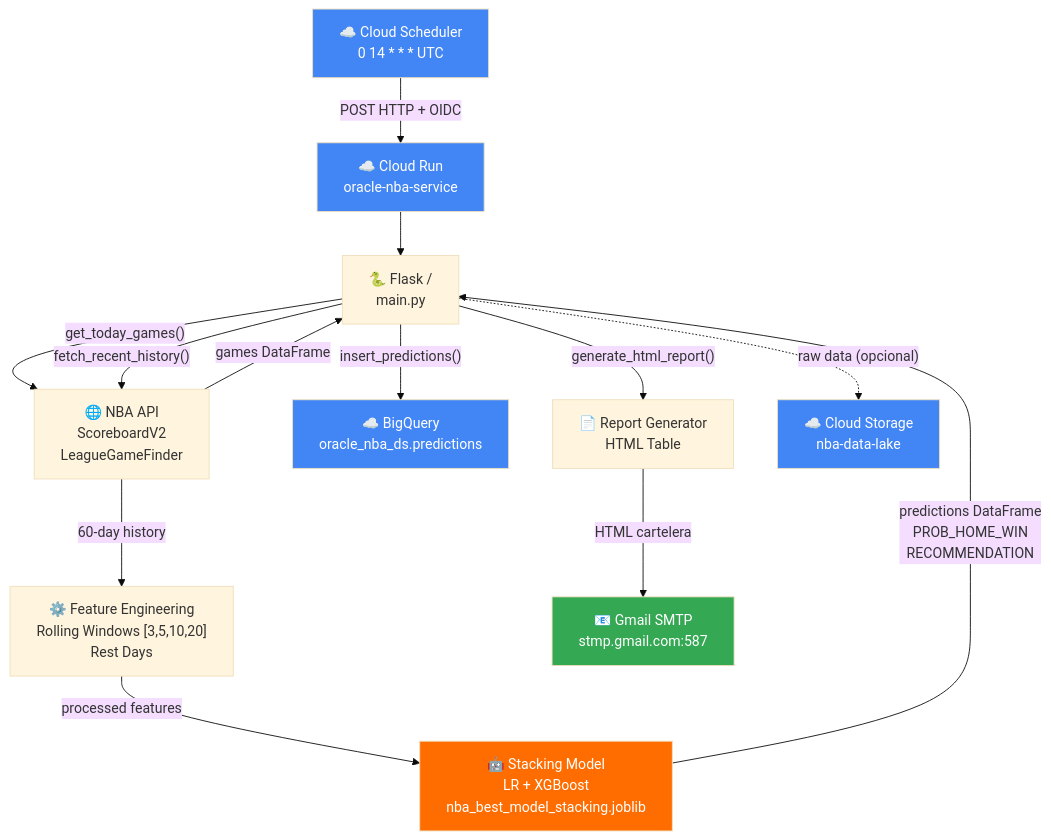
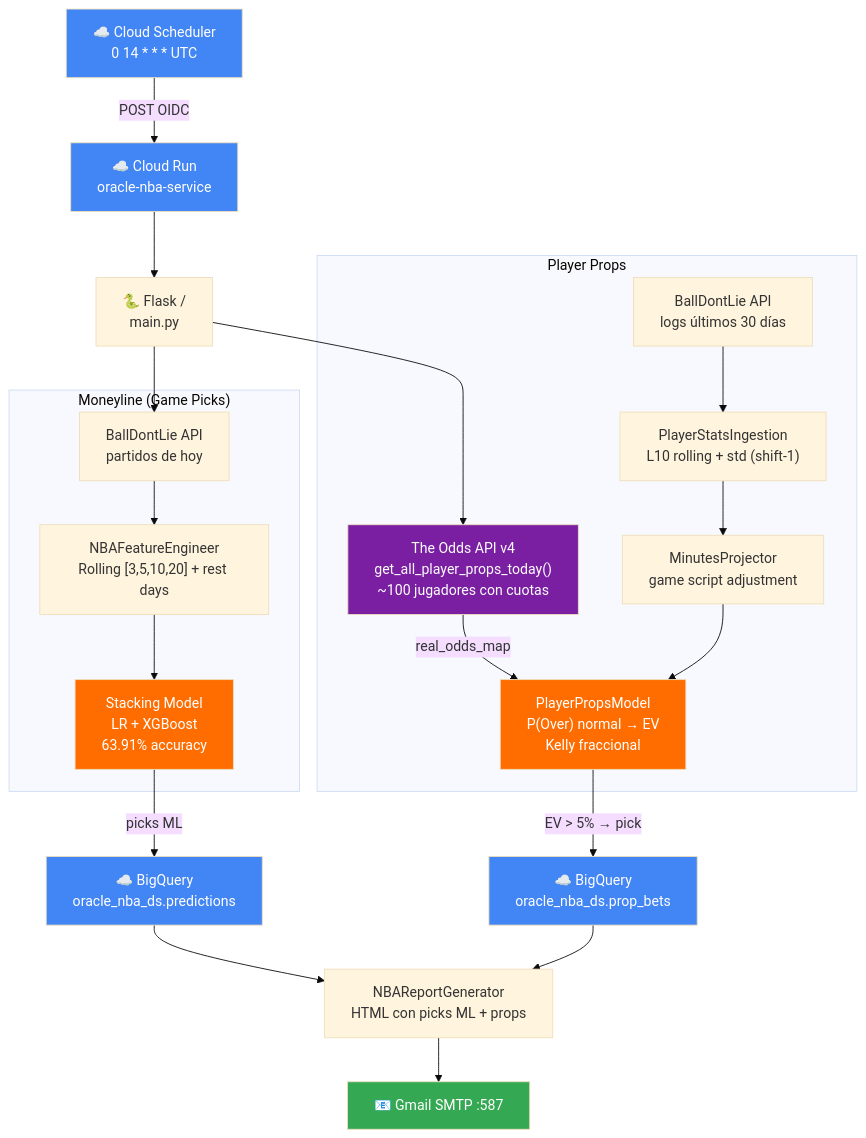
One commit to kericornelioprado-bit/Oracle-NBA changed the first of 6 diagrams in docs/architecture/flow-diagram.md. Above: the diagram before and after it, drawn with Mermaid (base theme). The commit also changed 8 other files, not shown here.

First line of the commit message:
fix: wire real moneyline odds and send combined props+ML email report

````diff
--- a/docs/architecture/flow-diagram.md
+++ b/docs/architecture/flow-diagram.md
@@ -9,33 +9,46 @@
 ```mermaid
 flowchart TD
     SCHED["☁️ Cloud Scheduler\n0 14 * * * UTC"]
     CR["☁️ Cloud Run\noracle-nba-service"]
     FLASK["🐍 Flask /\nmain.py"]
-    NBA["🌐 NBA API\nScoreboardV2\nLeagueGameFinder"]
-    FE["⚙️ Feature Engineering\nRolling Windows [3,5,10,20]\nRest Days"]
-    MODEL["🤖 Stacking Model\nLR + XGBoost\nnba_best_model_stacking.joblib"]
-    BQ["☁️ BigQuery\noracle_nba_ds.predictions"]
-    RPT["📄 Report Generator\nHTML Table"]
-    EMAIL["📧 Gmail SMTP\nstmp.gmail.com:587"]
-    GCS["☁️ Cloud Storage\nnba-data-lake"]
 
-    SCHED -->|"POST HTTP + OIDC"| CR
+    subgraph ML["Moneyline (Game Picks)"]
+        BDL_G["BallDontLie API\npartidos de hoy"]
+        FE["NBAFeatureEngineer\nRolling [3,5,10,20] + rest days"]
+        MODEL["Stacking Model\nLR + XGBoost\n63.91% accuracy"]
+    end
+
+    subgraph PROPS["Player Props"]
+        ODDS["The Odds API v4\nget_all_player_props_today()\n~100 jugadores con cuotas"]
+        BDL_P["BallDontLie API\nlogs últimos 30 días"]
+        FEAT_P["PlayerStatsIngestion\nL10 rolling + std (shift-1)"]
+        PROJ["MinutesProjector\ngame script adjustment"]
+        EV["PlayerPropsModel\nP(Over) normal → EV\nKelly fraccional"]
+    end
+
+    BQ_ML["☁️ BigQuery\noracle_nba_ds.predictions"]
+    BQ_PROPS["☁️ BigQuery\noracle_nba_ds.prop_bets"]
+    RPT["NBAReportGenerator\nHTML con picks ML + props"]
+    EMAIL["📧 Gmail SMTP :587"]
+
+    SCHED -->|"POST OIDC"| CR
     CR --> FLASK
-    FLASK -->|"get_today_games()"| NBA
-    NBA -->|"games DataFrame"| FLASK
-    FLASK -->|"fetch_recent_history()"| NBA
-    NBA -->|"60-day history"| FE
-    FE -->|"processed features"| MODEL
-    MODEL -->|"predictions DataFrame\nPROB_HOME_WIN\nRECOMMENDATION"| FLASK
-    FLASK -->|"insert_predictions()"| BQ
-    FLASK -->|"generate_html_report()"| RPT
-    RPT -->|"HTML cartelera"| EMAIL
-    FLASK -.->|"raw data (opcional)"| GCS
+    FLASK --> BDL_G --> FE --> MODEL
+    FLASK --> ODDS
+    ODDS -->|"real_odds_map"| EV
+    BDL_P --> FEAT_P --> PROJ --> EV
+    MODEL -->|"picks ML"| BQ_ML
+    EV -->|"EV > 5% → pick"| BQ_PROPS
+    BQ_ML --> RPT
+    BQ_PROPS --> RPT
+    RPT --> EMAIL
 
     style SCHED fill:#4285F4,color:#fff
     style CR fill:#4285F4,color:#fff
-    style BQ fill:#4285F4,color:#fff
-    style GCS fill:#4285F4,color:#fff
+    style BQ_ML fill:#4285F4,color:#fff
+    style BQ_PROPS fill:#4285F4,color:#fff
     style MODEL fill:#FF6D00,color:#fff
+    style EV fill:#FF6D00,color:#fff
     style EMAIL fill:#34A853,color:#fff
+    style ODDS fill:#7B1FA2,color:#fff
 ```
````
